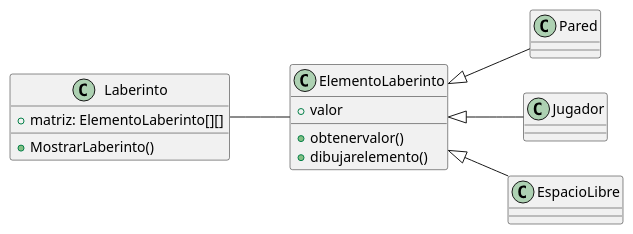
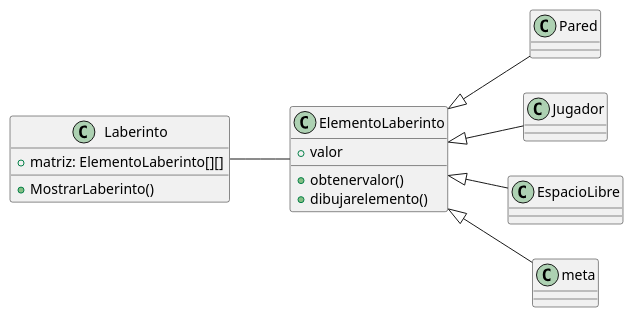
The diagram in clases.plantuml (sagarcial/labertinto), drawn with PlantUML before and after one commit.

Commit message:
ultimos cambios diagrama de clases

```diff
--- a/clases.plantuml
+++ b/clases.plantuml
@@ -1,26 +1,29 @@
 @startuml
 left to right direction
 
 class Laberinto {
   +matriz: ElementoLaberinto[][]
   +MostrarLaberinto()
 }
 
 class ElementoLaberinto {
   +valor
   +obtenervalor()
   +dibujarelemento()
 }
 
 class Pared {
 }
 class Jugador {
 }
 class EspacioLibre {
 }
+class meta {
+}
 
 Laberinto  -- ElementoLaberinto 
 ElementoLaberinto <|-- Pared
 ElementoLaberinto <|-- EspacioLibre
 ElementoLaberinto <|-- Jugador
+ElementoLaberinto <|-- meta
 @enduml
```
